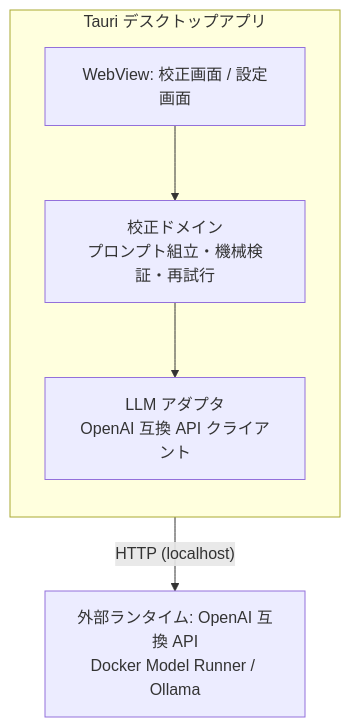
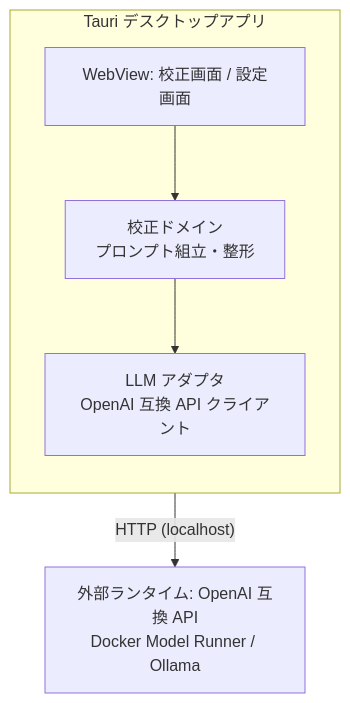
One commit to kkeisuke/message-proofreading changed the first of 2 diagrams in docs/design.md. Above: the diagram before and after it, drawn with Mermaid. The commit also changed other lines of this file and 2 other files, not shown here.

````diff
--- a/docs/design.md
+++ b/docs/design.md
@@ -9,12 +9,12 @@
 ```mermaid
 flowchart TB
     subgraph tauri["Tauri デスクトップアプリ"]
         direction TB
         ui["WebView: 校正画面 / 設定画面"]
-        domain["校正ドメイン<br>プロンプト組立・機械検証・再試行"]
+        domain["校正ドメイン<br>プロンプト組立・整形"]
         adapter["LLM アダプタ<br>OpenAI 互換 API クライアント"]
         ui --> domain --> adapter
     end
     runtime["外部ランタイム: OpenAI 互換 API<br>Docker Model Runner / Ollama"]
     adapter -- "HTTP (localhost)" --> runtime
 ```
````
